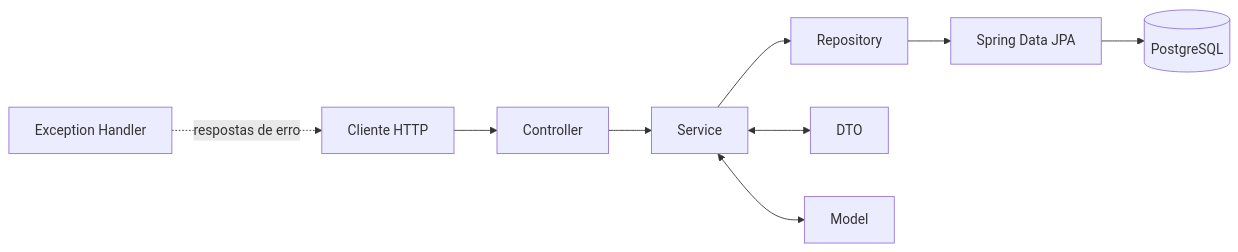
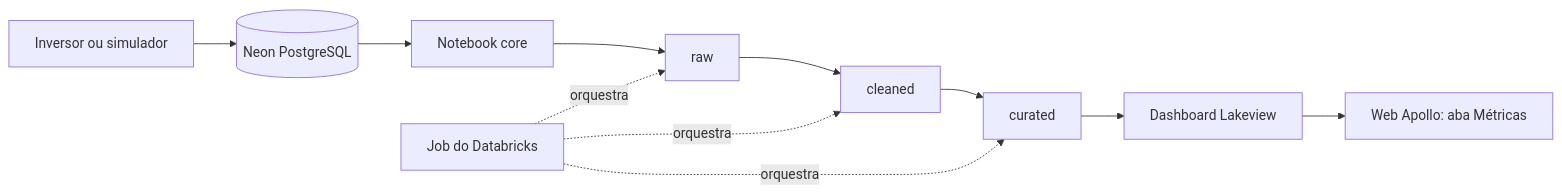
Before and after one commit to ApolloOficial/Apollo-API-Spring: the diagram in README.md, drawn with Mermaid. The commit also changed other lines of this file, not shown here.

First line of the commit message:
Update README to reflect Apollo BI branding

````diff
--- a/README.md
+++ b/README.md
@@ -46,11 +83,13 @@
 ```mermaid
 flowchart LR
-    C[Cliente HTTP] --> CT[Controller]
-    CT --> S[Service]
-    S --> R[Repository]
-    R --> J[Spring Data JPA]
-    J --> DB[(PostgreSQL)]
-    S <--> D[DTO]
-    S <--> M[Model]
-    E[Exception Handler] -. respostas de erro .-> C
+    I[Inversor ou simulador] --> N[(Neon PostgreSQL)]
+    N --> C[Notebook core]
+    C --> R[raw]
+    R --> CL[cleaned]
+    CL --> CU[curated]
+    CU --> D[Dashboard Lakeview]
+    D --> W[Web Apollo: aba Métricas]
+    J[Job do Databricks] -. orquestra .-> R
+    J -. orquestra .-> CL
+    J -. orquestra .-> CU
 ```
````
